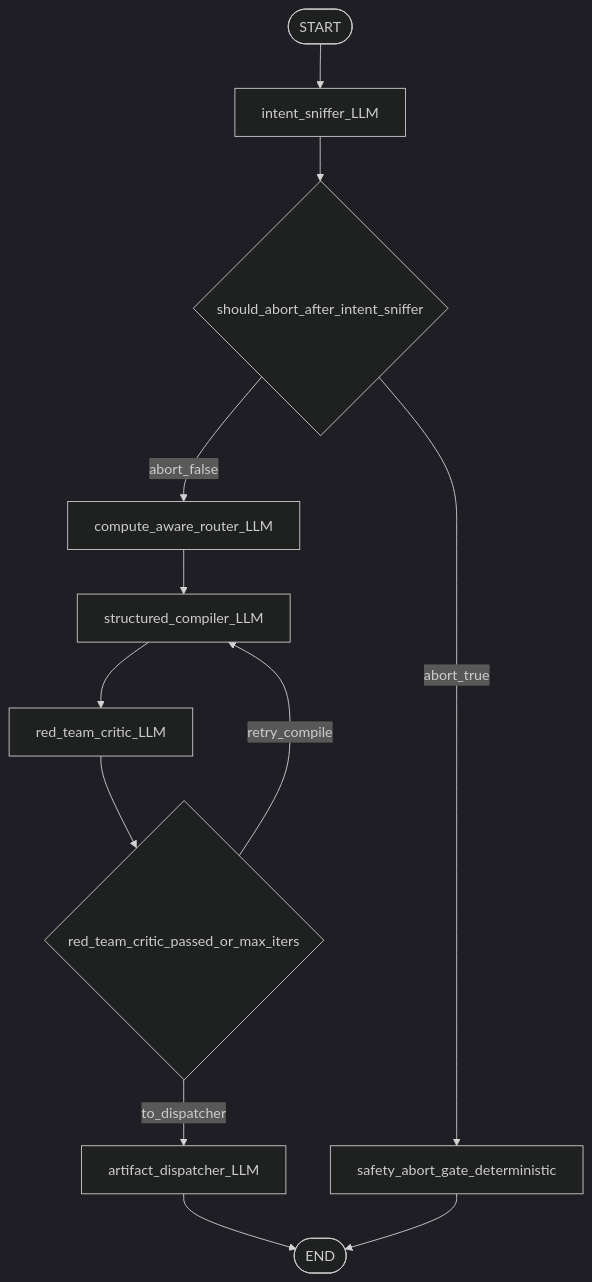
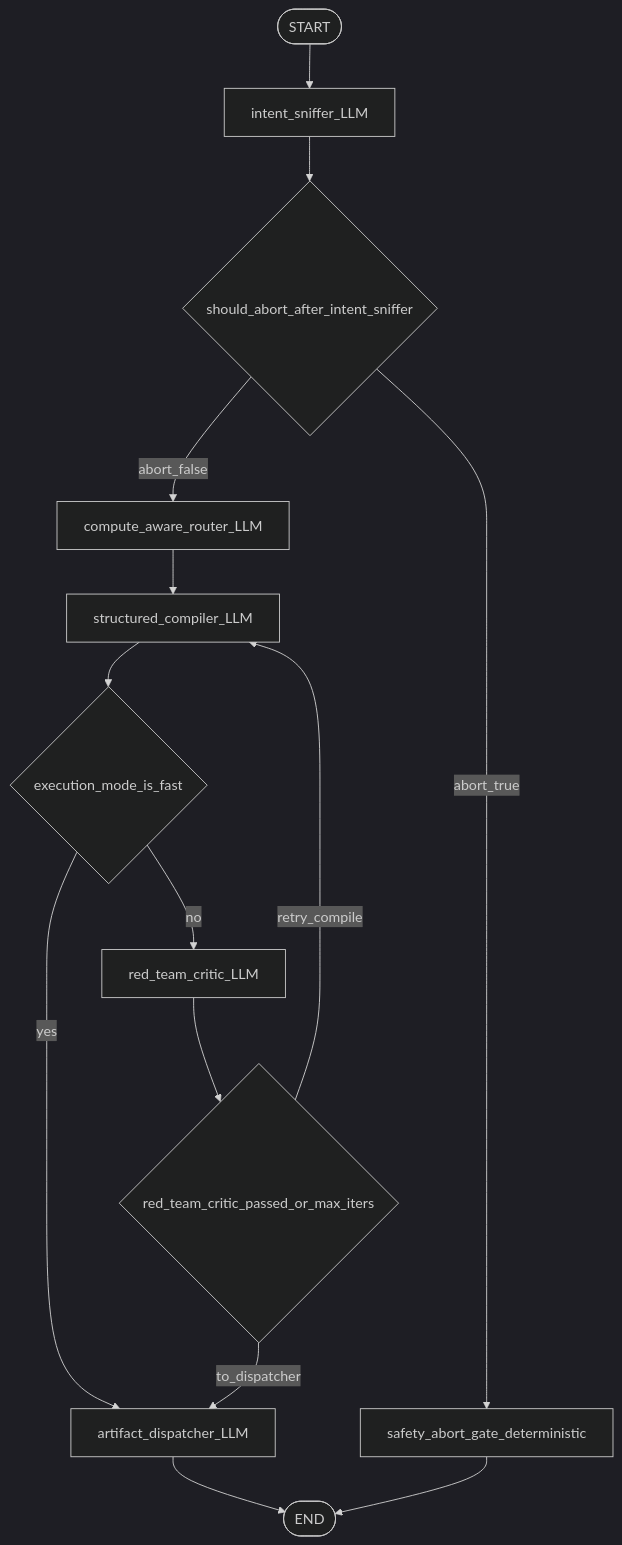
The second of 5 diagrams in docs/CLI_INVOCATION_FLOW.md (RimmonXIA/Prompt_Polisher), drawn with Mermaid (dark theme) before and after one commit. The commit also changed other lines of this file and 21 other files, not shown here.

````diff
--- a/docs/CLI_INVOCATION_FLOW.md
+++ b/docs/CLI_INVOCATION_FLOW.md
@@ -45,25 +47,28 @@
 ```mermaid
 flowchart TD
   startNode([START])
   intent_sniffer[intent_sniffer_LLM]
   gate{should_abort_after_intent_sniffer}
   safetyAbortGate[safety_abort_gate_deterministic]
   compute_aware_router[compute_aware_router_LLM]
   structured_compiler[structured_compiler_LLM]
+  modeFast{execution_mode_is_fast}
   red_team_critic[red_team_critic_LLM]
   afterCritic{red_team_critic_passed_or_max_iters}
   artifact_dispatcher[artifact_dispatcher_LLM]
   endNode([END])
 
   startNode --> intent_sniffer
   intent_sniffer --> gate
   gate -->|abort_true| safetyAbortGate
   gate -->|abort_false| compute_aware_router
   compute_aware_router --> structured_compiler
-  structured_compiler --> red_team_critic
+  structured_compiler --> modeFast
+  modeFast -->|yes| artifact_dispatcher
+  modeFast -->|no| red_team_critic
   red_team_critic --> afterCritic
   afterCritic -->|retry_compile| structured_compiler
   afterCritic -->|to_dispatcher| artifact_dispatcher
   artifact_dispatcher --> endNode
   safetyAbortGate --> endNode
 ```
````
